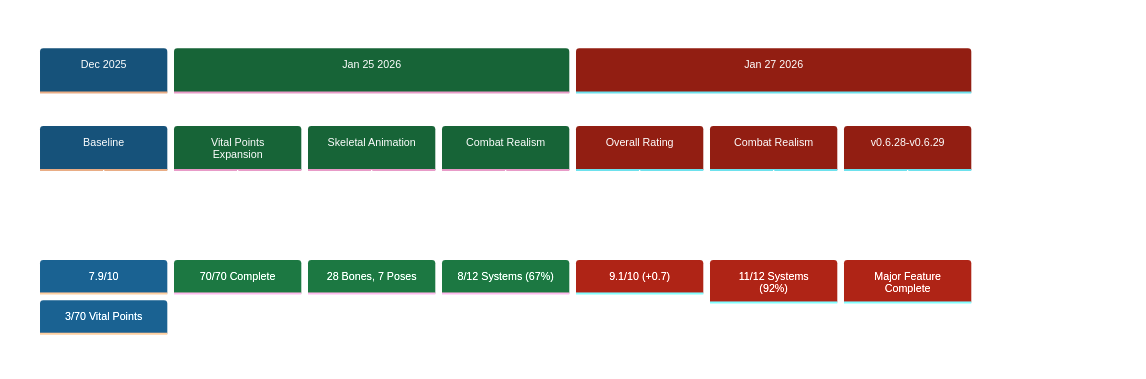
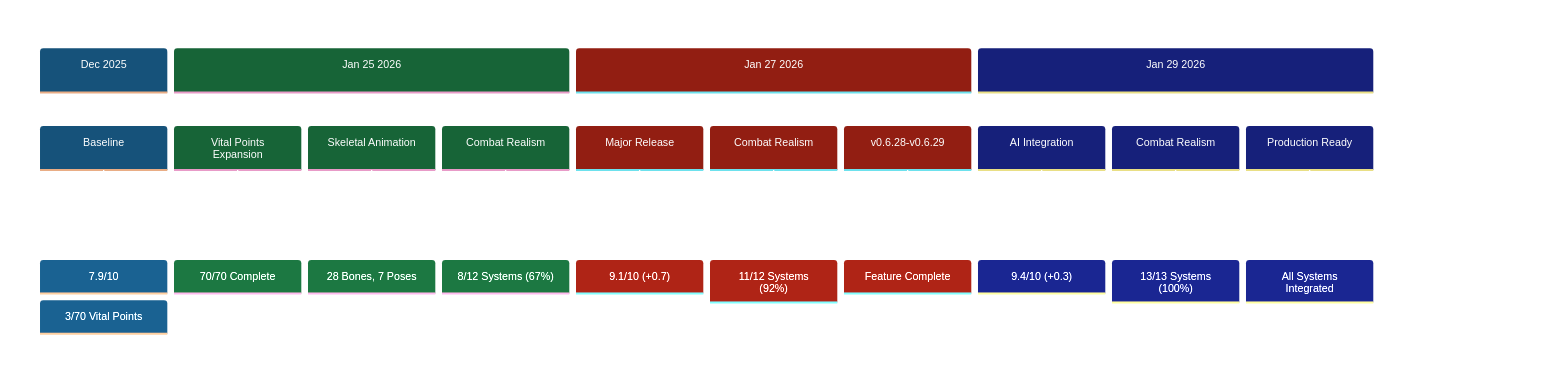
One commit to Hack23/blacktrigram changed the second of 5 diagrams in game-status.md. Above: the diagram before and after it, drawn with Mermaid. The commit also changed other lines of this file and 1 other file, not shown here.

Commit message:
Update documentation: COMBAT_INTEGRATION_STATUS and game-status with completed systems

````diff
--- a/game-status.md
+++ b/game-status.md
@@ -75,15 +75,19 @@
 ```mermaid
 %%{init: {'theme':'base', 'themeVariables': { 'primaryColor':'#3498db', 'primaryTextColor':'#fff', 'primaryBorderColor':'#2980b9', 'lineColor':'#95a5a6', 'secondaryColor':'#2ecc71', 'tertiaryColor':'#e74c3c'}}}%%
 timeline
     title Black Trigram Q1 2026 Progress
     section Dec 2025
         Baseline : 7.9/10 : 3/70 Vital Points
     section Jan 25 2026 
         Vital Points Expansion : 70/70 Complete
         Skeletal Animation : 28 Bones, 7 Poses
         Combat Realism : 8/12 Systems (67%)
     section Jan 27 2026
-        Overall Rating : 9.1/10 (+0.7)
+        Major Release : 9.1/10 (+0.7)
         Combat Realism : 11/12 Systems (92%)
-        v0.6.28-v0.6.29 : Major Feature Complete
+        v0.6.28-v0.6.29 : Feature Complete
+    section Jan 29 2026
+        AI Integration : 9.4/10 (+0.3)
+        Combat Realism : 13/13 Systems (100%)
+        Production Ready : All Systems Integrated
 ```
````
